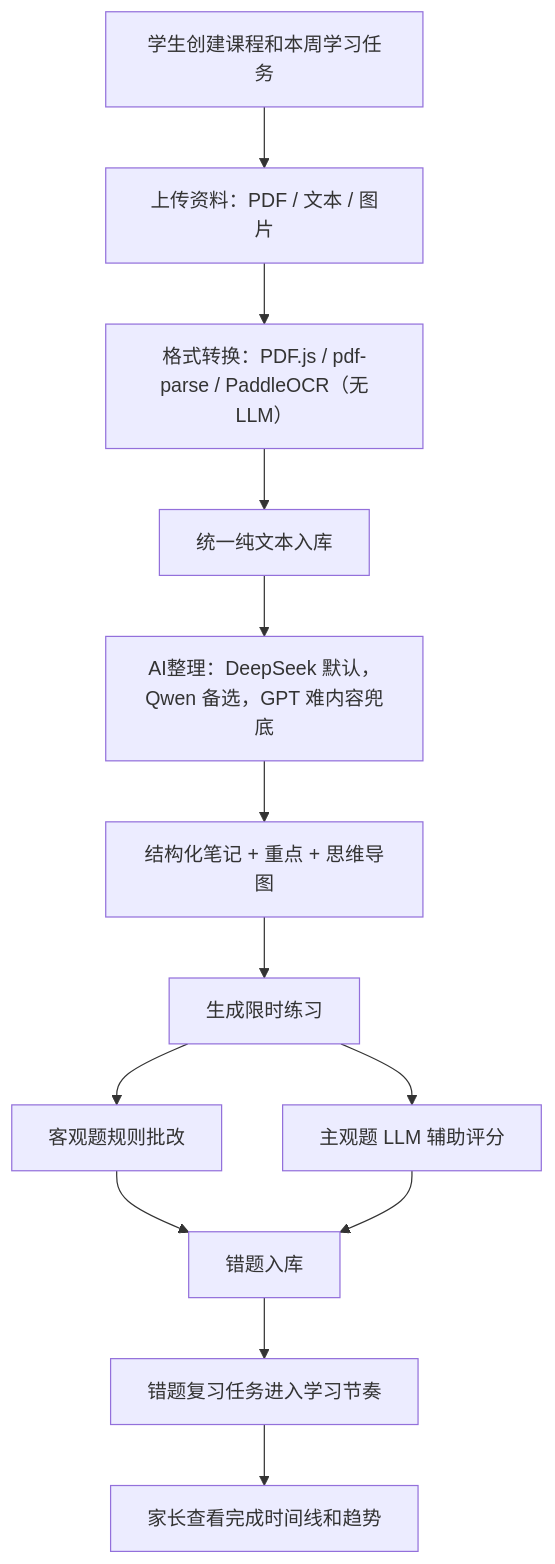
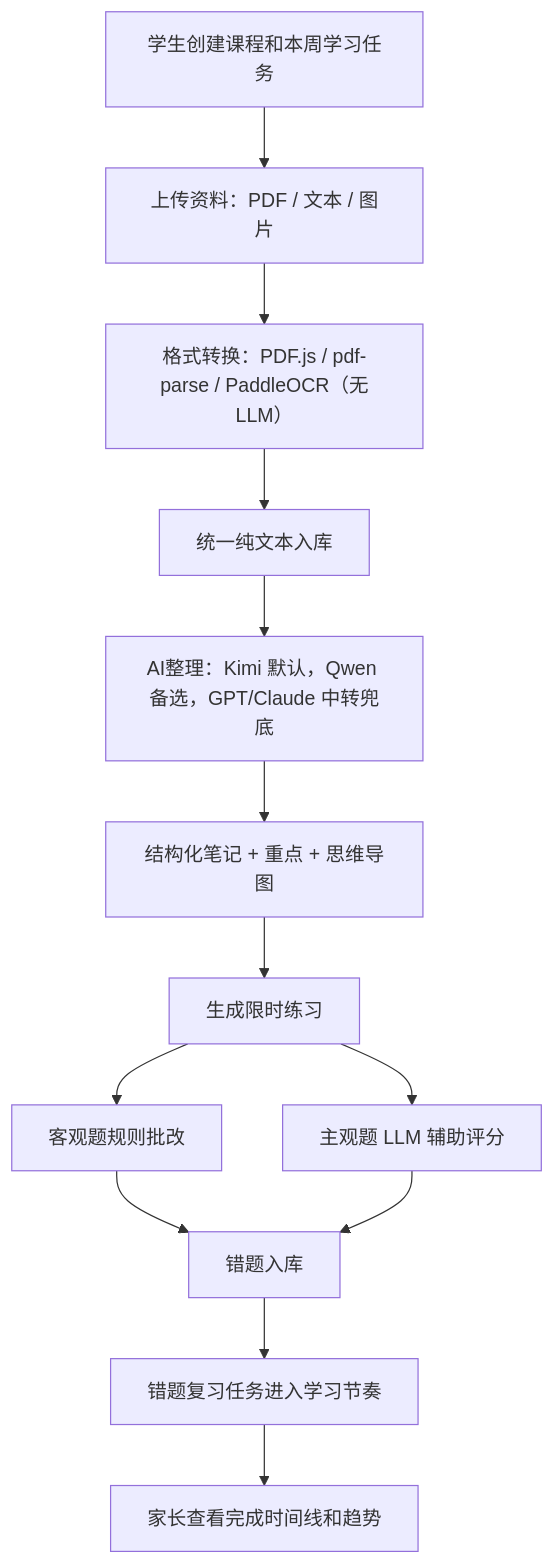
One commit to everything-is-simple/ai-studybuddy changed the second of 3 diagrams in docs/01-总PRD-产品需求-Product-Requirements.md. Above: the diagram before and after it, drawn with Mermaid. The commit also changed other lines of this file and 9 other files, not shown here.

Commit message:
docs: switch AI provider strategy from DeepSeek to Kimi

````diff
--- a/docs/01-总PRD-产品需求-Product-Requirements.md
+++ b/docs/01-总PRD-产品需求-Product-Requirements.md
@@ -130,15 +130,15 @@
 ```mermaid
 flowchart TD
   A["学生创建课程和本周学习任务"] --> B["上传资料：PDF / 文本 / 图片"]
   B --> C["格式转换：PDF.js / pdf-parse / PaddleOCR（无LLM）"]
   C --> D["统一纯文本入库"]
-  D --> E["AI整理：DeepSeek 默认，Qwen 备选，GPT 难内容兜底"]
+  D --> E["AI整理：Kimi 默认，Qwen 备选，GPT/Claude 中转兜底"]
   E --> F["结构化笔记 + 重点 + 思维导图"]
   F --> G["生成限时练习"]
   G --> H1["客观题规则批改"]
   G --> H2["主观题 LLM 辅助评分"]
   H1 --> I["错题入库"]
   H2 --> I
   I --> J["错题复习任务进入学习节奏"]
   J --> K["家长查看完成时间线和趋势"]
 ```
````
